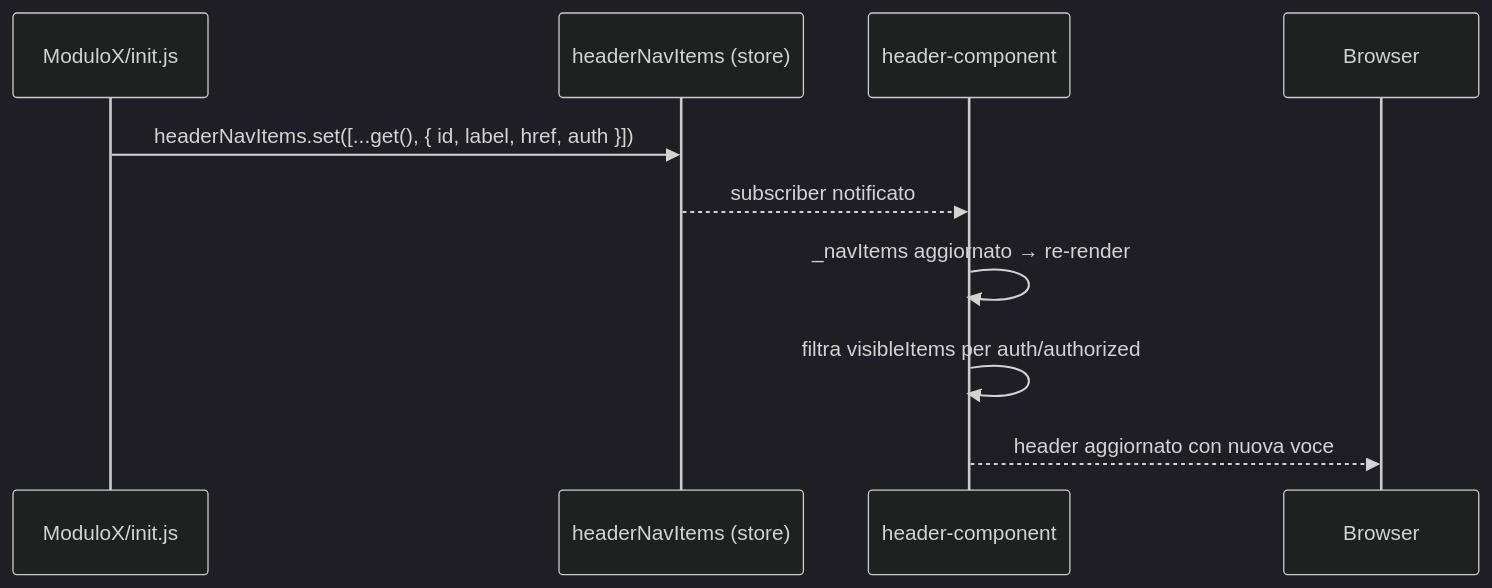
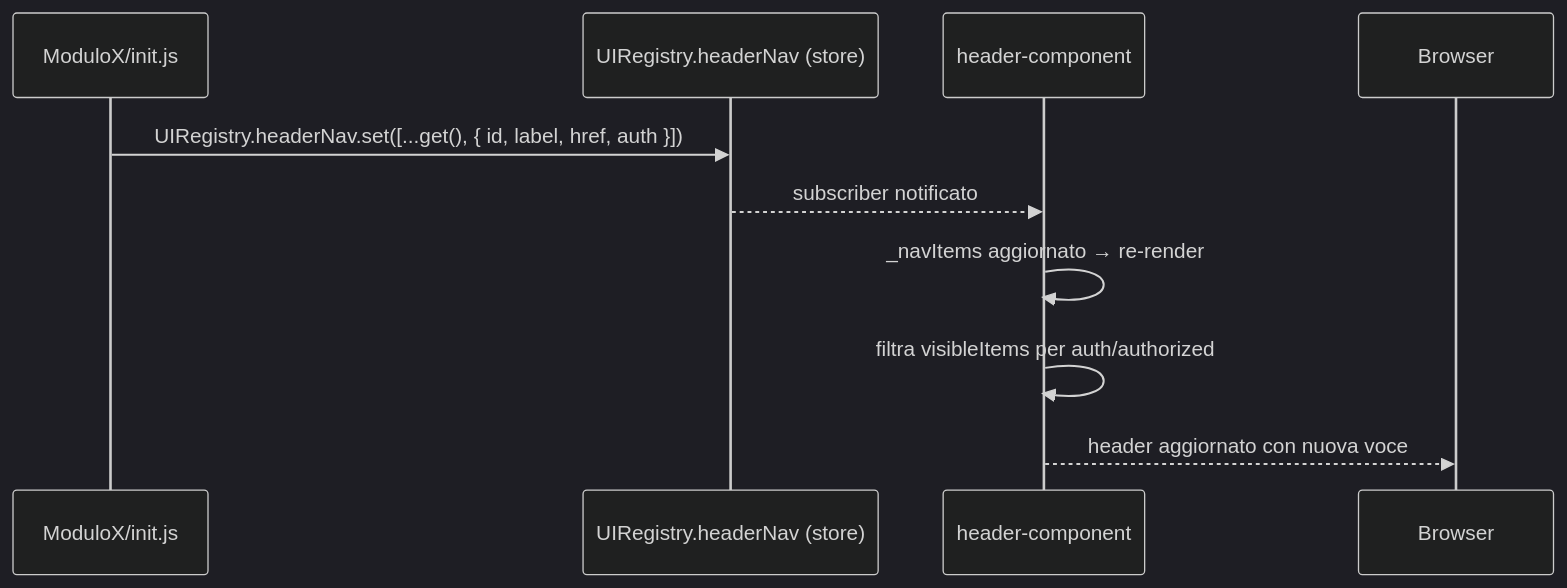
The first of 3 diagrams in module/header/docs/core/wf_001_registrazione_nav_items.md (riccardovacirca/jms), drawn with Mermaid (dark theme) before and after one commit. The commit also changed other lines of this file and 17 other files, not shown here.

````diff
--- a/module/header/docs/core/wf_001_registrazione_nav_items.md
+++ b/module/header/docs/core/wf_001_registrazione_nav_items.md
@@ -79,12 +79,12 @@
 ```mermaid
 sequenceDiagram
     participant Init as ModuloX/init.js
-    participant Store as headerNavItems (store)
+    participant Store as UIRegistry.headerNav (store)
     participant Header as header-component
 
-    Init->>Store: headerNavItems.set([...get(), { id, label, href, auth }])
+    Init->>Store: UIRegistry.headerNav.set([...get(), { id, label, href, auth }])
     Store-->>Header: subscriber notificato
     Header->>Header: _navItems aggiornato → re-render
     Header->>Header: filtra visibleItems per auth/authorized
     Header-->>Browser: header aggiornato con nuova voce
 ```
````
